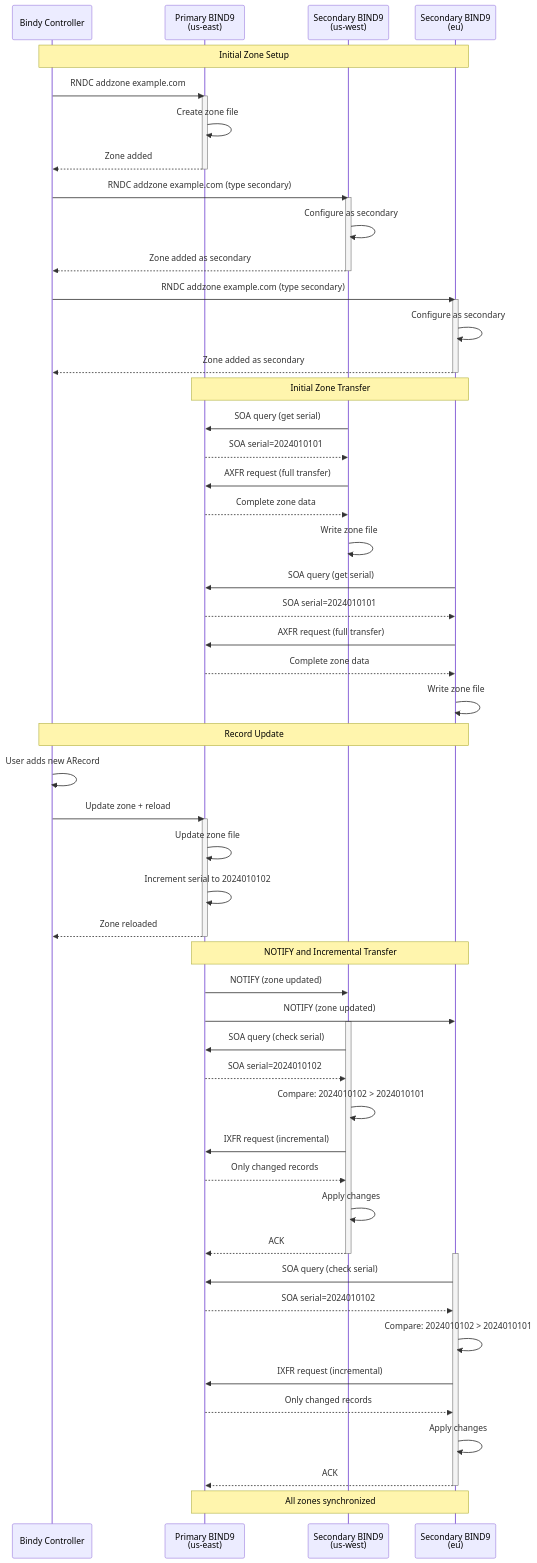
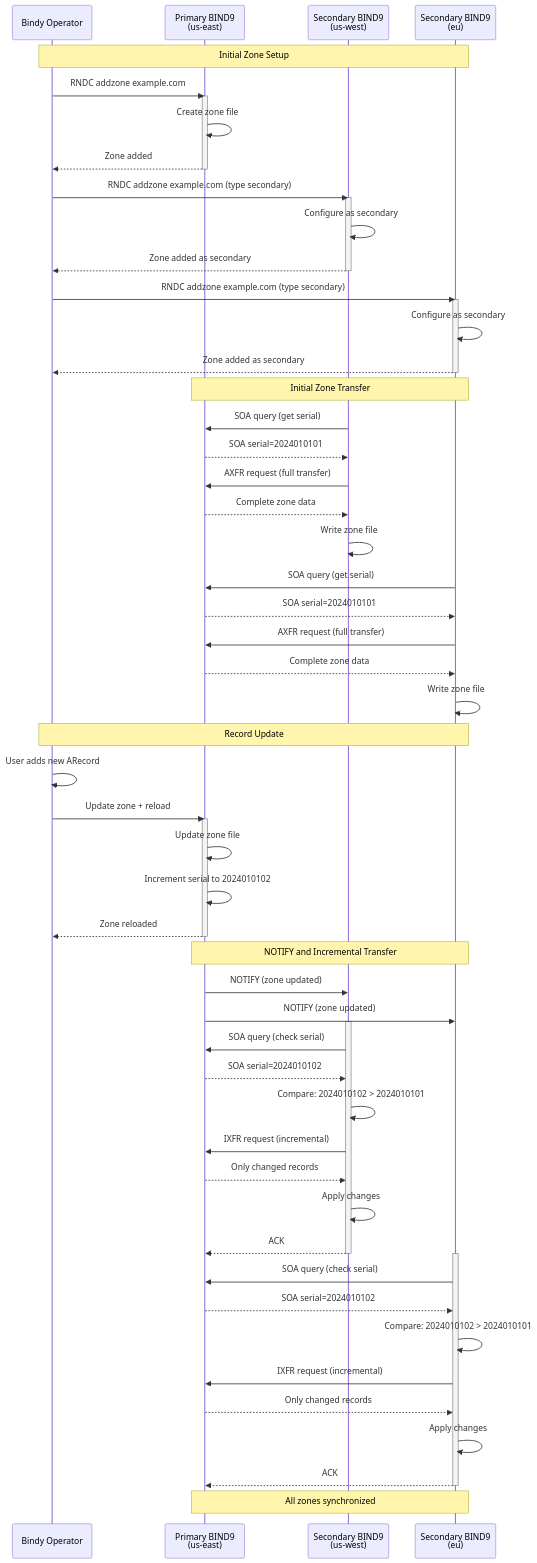
Before and after one commit to firestoned/bindy: the fifth of 8 diagrams in docs/src/concepts/architecture-diagrams.md, drawn with Mermaid. The commit also changed other lines of this file and 150 other files, not shown here.

Commit message:
Change the occurences from controller to operator (#83)

````diff
--- a/docs/src/concepts/architecture-diagrams.md
+++ b/docs/src/concepts/architecture-diagrams.md
@@ -350,78 +350,78 @@
 ```mermaid
 sequenceDiagram
-    participant Ctl as Bindy Controller
+    participant Ctl as Bindy Operator
     participant Pri as Primary BIND9<br/>(us-east)
     participant Sec1 as Secondary BIND9<br/>(us-west)
     participant Sec2 as Secondary BIND9<br/>(eu)
 
     Note over Ctl,Sec2: Initial Zone Setup
 
     Ctl->>Pri: RNDC addzone example.com
     activate Pri
     Pri->>Pri: Create zone file
     Pri-->>Ctl: Zone added
     deactivate Pri
 
     Ctl->>Sec1: RNDC addzone example.com (type secondary)
     activate Sec1
     Sec1->>Sec1: Configure as secondary
     Sec1-->>Ctl: Zone added as secondary
     deactivate Sec1
 
     Ctl->>Sec2: RNDC addzone example.com (type secondary)
     activate Sec2
     Sec2->>Sec2: Configure as secondary
     Sec2-->>Ctl: Zone added as secondary
     deactivate Sec2
 
     Note over Pri,Sec2: Initial Zone Transfer
 
     Sec1->>Pri: SOA query (get serial)
     Pri-->>Sec1: SOA serial=2024010101
     Sec1->>Pri: AXFR request (full transfer)
     Pri-->>Sec1: Complete zone data
     Sec1->>Sec1: Write zone file
 
     Sec2->>Pri: SOA query (get serial)
     Pri-->>Sec2: SOA serial=2024010101
     Sec2->>Pri: AXFR request (full transfer)
     Pri-->>Sec2: Complete zone data
     Sec2->>Sec2: Write zone file
 
     Note over Ctl,Sec2: Record Update
 
     Ctl->>Ctl: User adds new ARecord
     Ctl->>Pri: Update zone + reload
     activate Pri
     Pri->>Pri: Update zone file
     Pri->>Pri: Increment serial to 2024010102
     Pri-->>Ctl: Zone reloaded
     deactivate Pri
 
     Note over Pri,Sec2: NOTIFY and Incremental Transfer
 
     Pri->>Sec1: NOTIFY (zone updated)
     Pri->>Sec2: NOTIFY (zone updated)
 
     activate Sec1
     Sec1->>Pri: SOA query (check serial)
     Pri-->>Sec1: SOA serial=2024010102
     Sec1->>Sec1: Compare: 2024010102 > 2024010101
     Sec1->>Pri: IXFR request (incremental)
     Pri-->>Sec1: Only changed records
     Sec1->>Sec1: Apply changes
     Sec1-->>Pri: ACK
     deactivate Sec1
 
     activate Sec2
     Sec2->>Pri: SOA query (check serial)
     Pri-->>Sec2: SOA serial=2024010102
     Sec2->>Sec2: Compare: 2024010102 > 2024010101
     Sec2->>Pri: IXFR request (incremental)
     Pri-->>Sec2: Only changed records
     Sec2->>Sec2: Apply changes
     Sec2-->>Pri: ACK
     deactivate Sec2
 
     Note over Pri,Sec2: All zones synchronized
 ```
````
